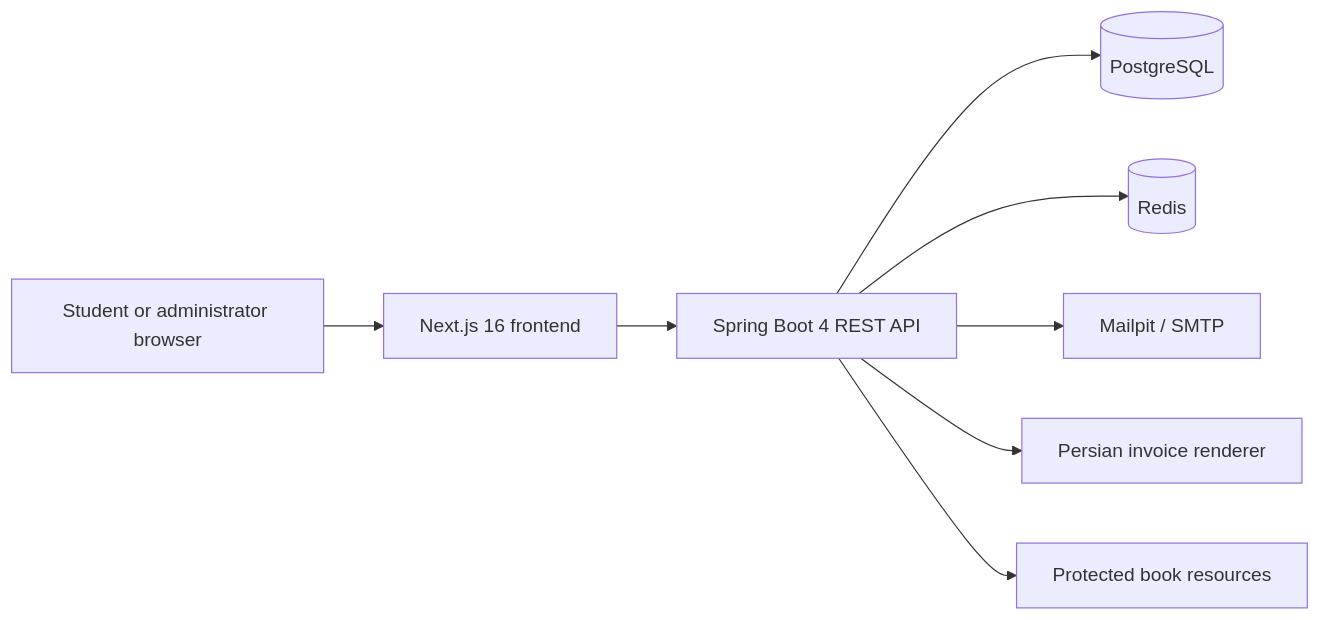
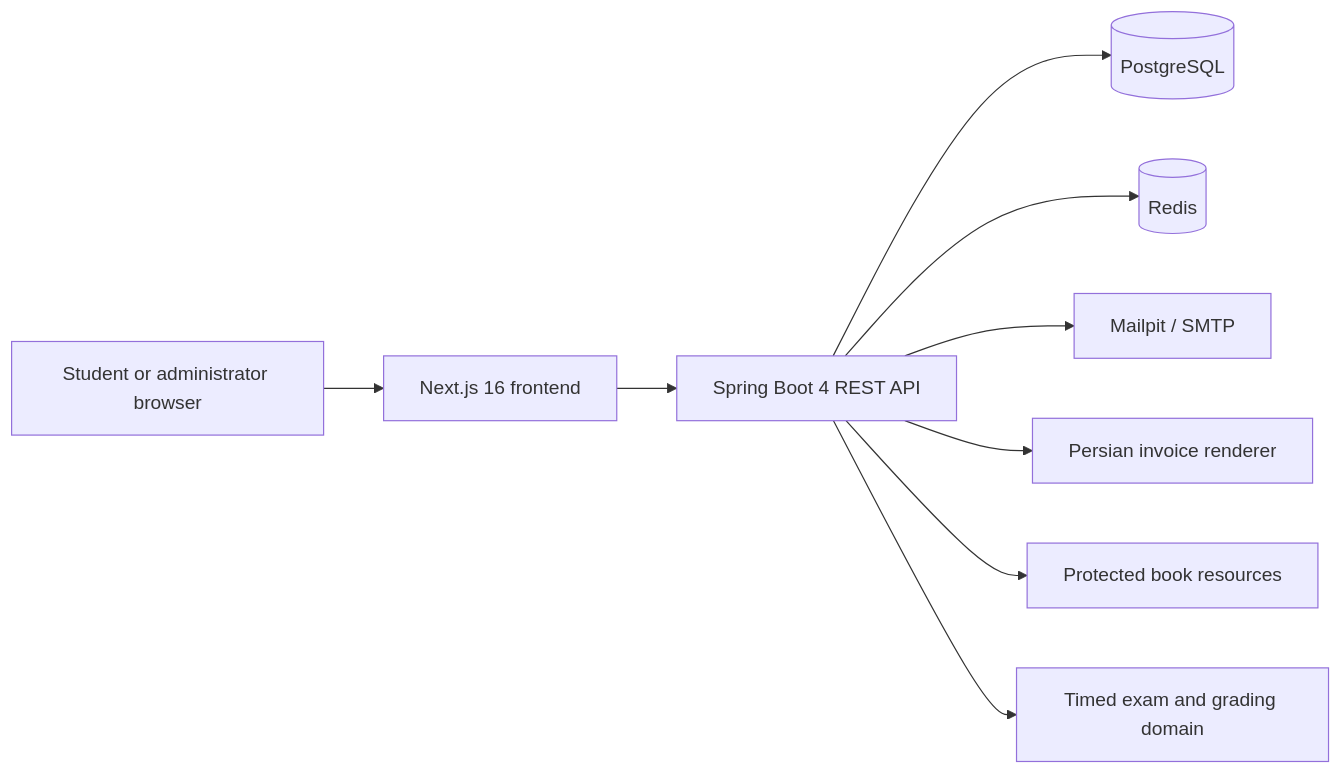
One commit to Kourosh-MD/enacademy-learning changed the first of 2 diagrams in README.md. Above: the diagram before and after it, drawn with Mermaid. The commit also changed other lines of this file and 5 other files, not shown here.

````diff
--- a/README.md
+++ b/README.md
@@ -40,10 +41,11 @@
 ```mermaid
 flowchart LR
     Browser[Student or administrator browser] --> Web[Next.js 16 frontend]
     Web --> API[Spring Boot 4 REST API]
     API --> DB[(PostgreSQL)]
     API --> Cache[(Redis)]
     API --> Mail[Mailpit / SMTP]
     API --> PDF[Persian invoice renderer]
     API --> Books[Protected book resources]
+    API --> Exams[Timed exam and grading domain]
 ```
````
